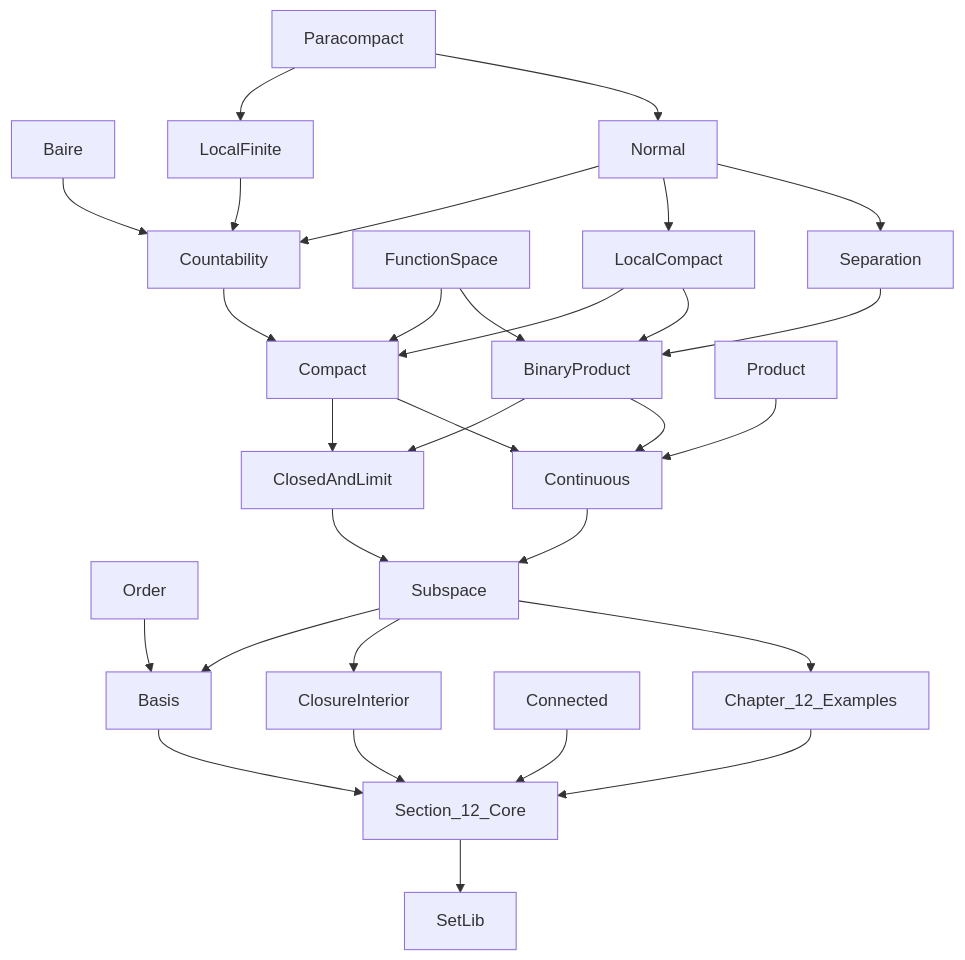
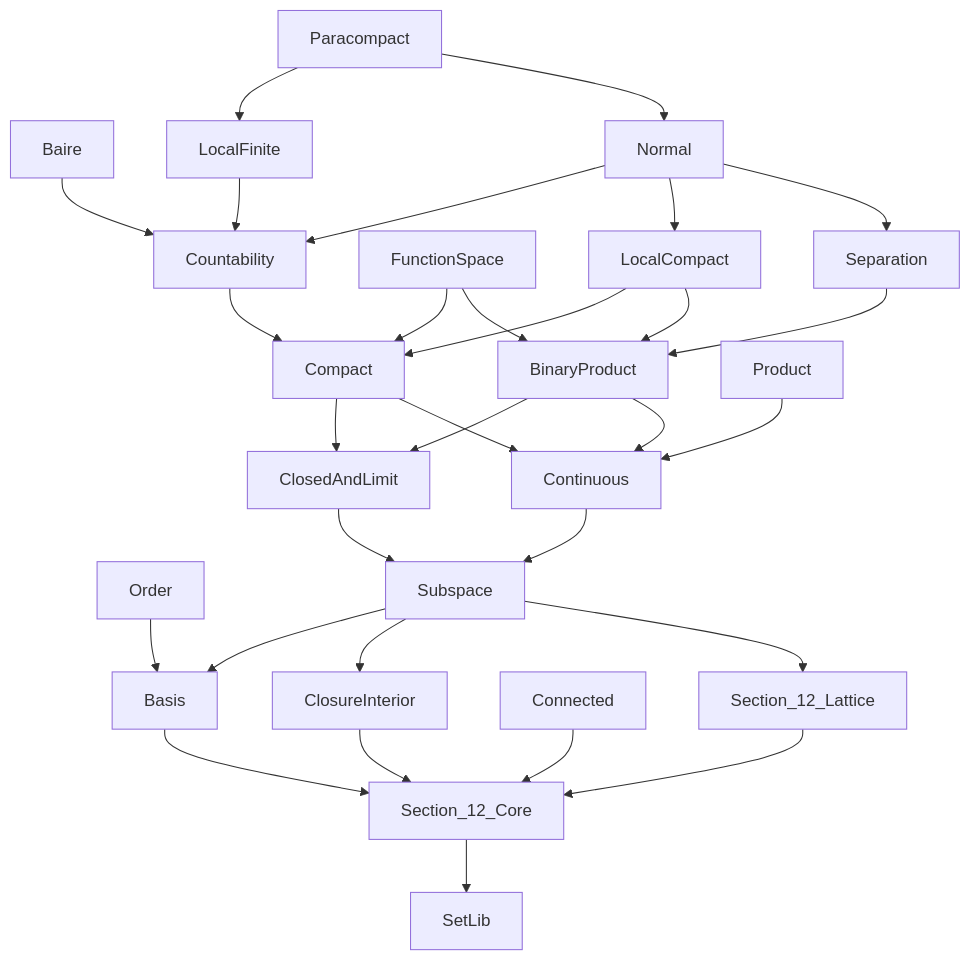
One commit to ldct/mgw-topology changed the diagram in DEPENDENCIES.md. Above: the diagram before and after it, drawn with Mermaid. The commit also changed other lines of this file and 4 other files, not shown here.

Commit message:
Rename Chapter_12_Examples -> Section_12_Lattice

````diff
--- a/DEPENDENCIES.md
+++ b/DEPENDENCIES.md
@@ -12,76 +12,76 @@
 ```mermaid
 graph TD
     Baire[Baire]
     Basis[Basis]
     BinaryProduct[BinaryProduct]
     ClosedAndLimit[ClosedAndLimit]
     ClosureInterior[ClosureInterior]
     Compact[Compact]
     Connected[Connected]
     Continuous[Continuous]
     Section_12_Core[Section_12_Core]
     Countability[Countability]
-    Chapter_12_Examples[Chapter_12_Examples]
+    Section_12_Lattice[Section_12_Lattice]
     FunctionSpace[FunctionSpace]
     LocalCompact[LocalCompact]
     LocalFinite[LocalFinite]
     Normal[Normal]
     Order[Order]
     Paracompact[Paracompact]
     Product[Product]
     Separation[Separation]
     SetLib[SetLib]
     Subspace[Subspace]
 
     Baire --> Countability
     Basis --> Section_12_Core
     BinaryProduct --> ClosedAndLimit
     BinaryProduct --> Continuous
     ClosedAndLimit --> Subspace
     ClosureInterior --> Section_12_Core
     Compact --> ClosedAndLimit
     Compact --> Continuous
     Connected --> Section_12_Core
     Continuous --> Subspace
     Section_12_Core --> SetLib
     Countability --> Compact
-    Chapter_12_Examples --> Section_12_Core
+    Section_12_Lattice --> Section_12_Core
     FunctionSpace --> Compact
     FunctionSpace --> BinaryProduct
     LocalCompact --> Compact
     LocalCompact --> BinaryProduct
     LocalFinite --> Countability
     Normal --> Countability
     Normal --> LocalCompact
     Normal --> Separation
     Order --> Basis
     Paracompact --> LocalFinite
     Paracompact --> Normal
     Product --> Continuous
     Separation --> BinaryProduct
     Subspace --> Basis
     Subspace --> ClosureInterior
-    Subspace --> Chapter_12_Examples
+    Subspace --> Section_12_Lattice
 
     click Baire "https://github.com/ldct/mgw-topology/blob/main/MgwTopology/Baire.lean"
     click Basis "https://github.com/ldct/mgw-topology/blob/main/MgwTopology/Basis.lean"
     click BinaryProduct "https://github.com/ldct/mgw-topology/blob/main/MgwTopology/BinaryProduct.lean"
     click ClosedAndLimit "https://github.com/ldct/mgw-topology/blob/main/MgwTopology/ClosedAndLimit.lean"
     click ClosureInterior "https://github.com/ldct/mgw-topology/blob/main/MgwTopology/ClosureInterior.lean"
     click Compact "https://github.com/ldct/mgw-topology/blob/main/MgwTopology/Compact.lean"
     click Connected "https://github.com/ldct/mgw-topology/blob/main/MgwTopology/Connected.lean"
     click Continuous "https://github.com/ldct/mgw-topology/blob/main/MgwTopology/Continuous.lean"
     click Section_12_Core "https://github.com/ldct/mgw-topology/blob/main/MgwTopology/Section_12_Core.lean"
     click Countability "https://github.com/ldct/mgw-topology/blob/main/MgwTopology/Countability.lean"
-    click Chapter_12_Examples "https://github.com/ldct/mgw-topology/blob/main/MgwTopology/Chapter_12_Examples.lean"
+    click Section_12_Lattice "https://github.com/ldct/mgw-topology/blob/main/MgwTopology/Section_12_Lattice.lean"
     click FunctionSpace "https://github.com/ldct/mgw-topology/blob/main/MgwTopology/FunctionSpace.lean"
     click LocalCompact "https://github.com/ldct/mgw-topology/blob/main/MgwTopology/LocalCompact.lean"
     click LocalFinite "https://github.com/ldct/mgw-topology/blob/main/MgwTopology/LocalFinite.lean"
     click Normal "https://github.com/ldct/mgw-topology/blob/main/MgwTopology/Normal.lean"
     click Order "https://github.com/ldct/mgw-topology/blob/main/MgwTopology/Order.lean"
     click Paracompact "https://github.com/ldct/mgw-topology/blob/main/MgwTopology/Paracompact.lean"
     click Product "https://github.com/ldct/mgw-topology/blob/main/MgwTopology/Product.lean"
     click Separation "https://github.com/ldct/mgw-topology/blob/main/MgwTopology/Separation.lean"
     click SetLib "https://github.com/ldct/mgw-topology/blob/main/MgwTopology/SetLib.lean"
     click Subspace "https://github.com/ldct/mgw-topology/blob/main/MgwTopology/Subspace.lean"
 ```
````
